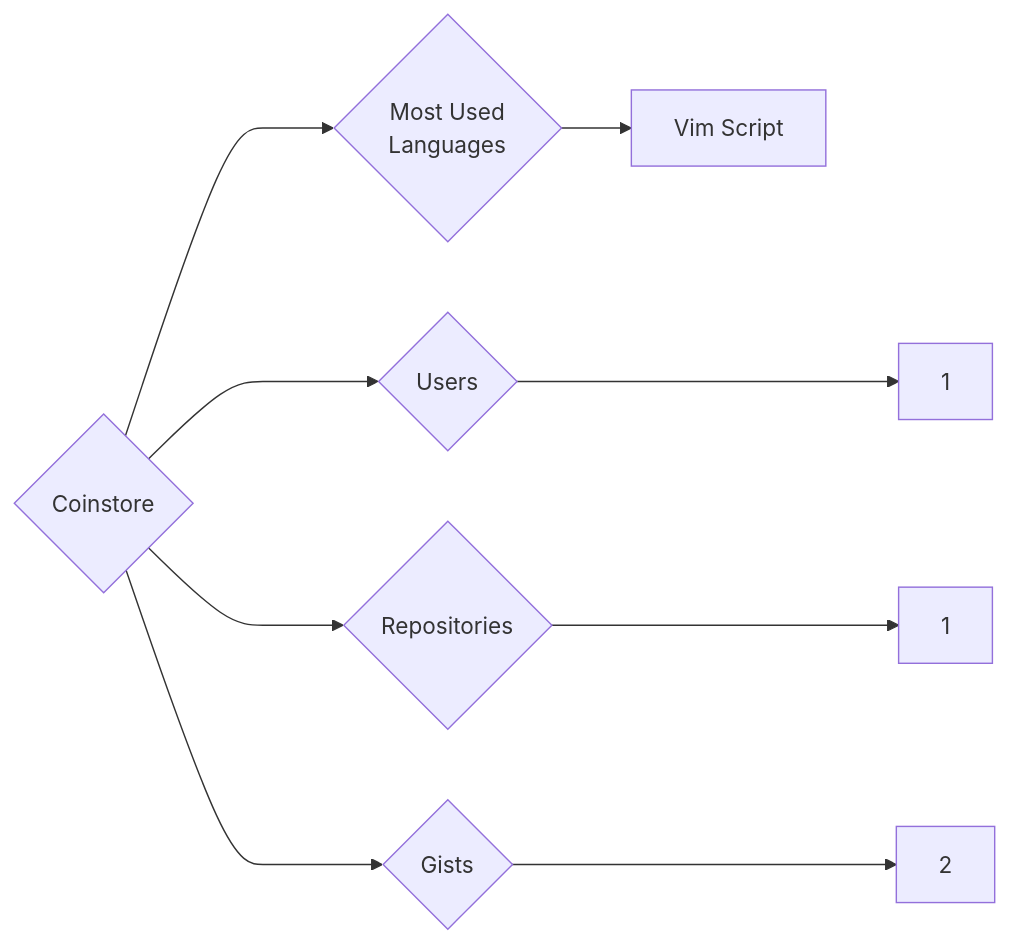
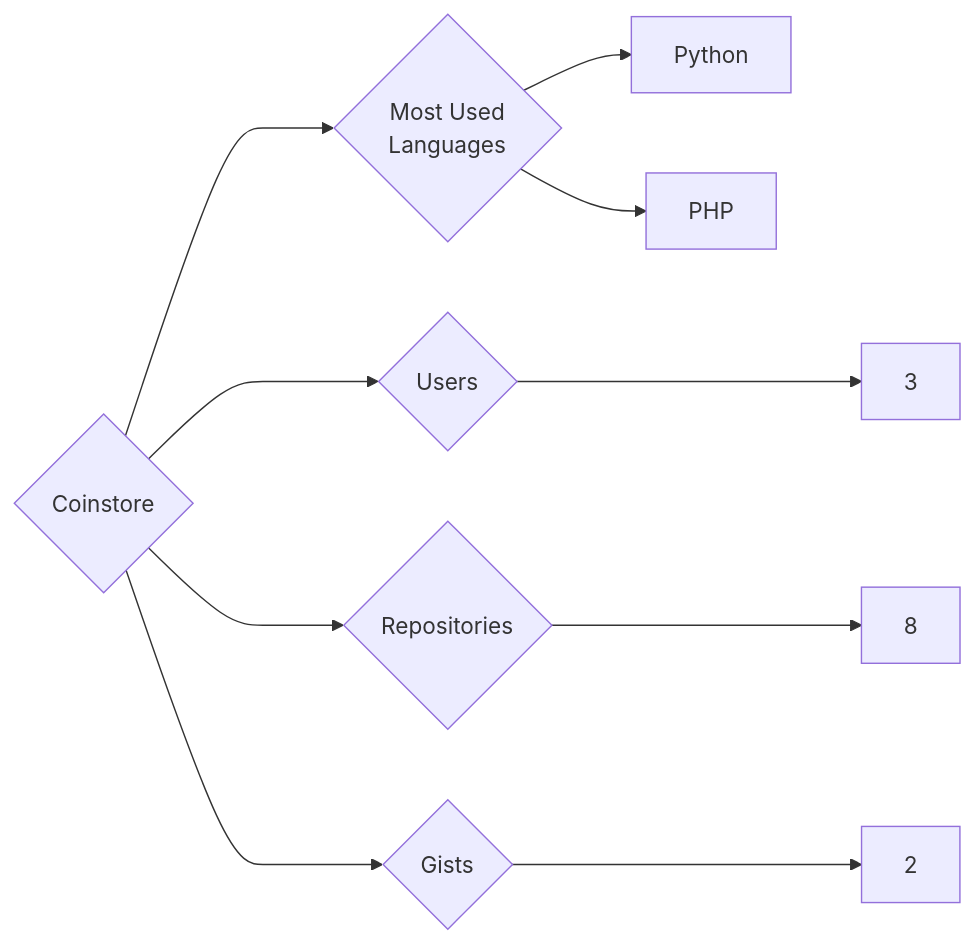
Before and after one commit to trickest/insiders: the diagram in targets/Coinstore/README.md, drawn with Mermaid. The commit also changed 1175 other files, not shown here.

````diff
--- a/targets/Coinstore/README.md
+++ b/targets/Coinstore/README.md
@@ -3,9 +3,10 @@
 ```mermaid
 graph LR
 COMPANY_NAME{Coinstore}
-COMPANY_NAME ---> U{Users} ---> UN[1]
-COMPANY_NAME ---> R{Repositories} ---> RN[1]
+COMPANY_NAME ---> U{Users} ---> UN[3]
+COMPANY_NAME ---> R{Repositories} ---> RN[8]
 COMPANY_NAME ---> G{Gists} ---> GN[2]
 COMPANY_NAME ---> ML{Most Used<br>Languages}
-ML --> Vim_Script[Vim Script]
+ML --> Python[Python]
+ML --> PHP[PHP]
 ```
````
